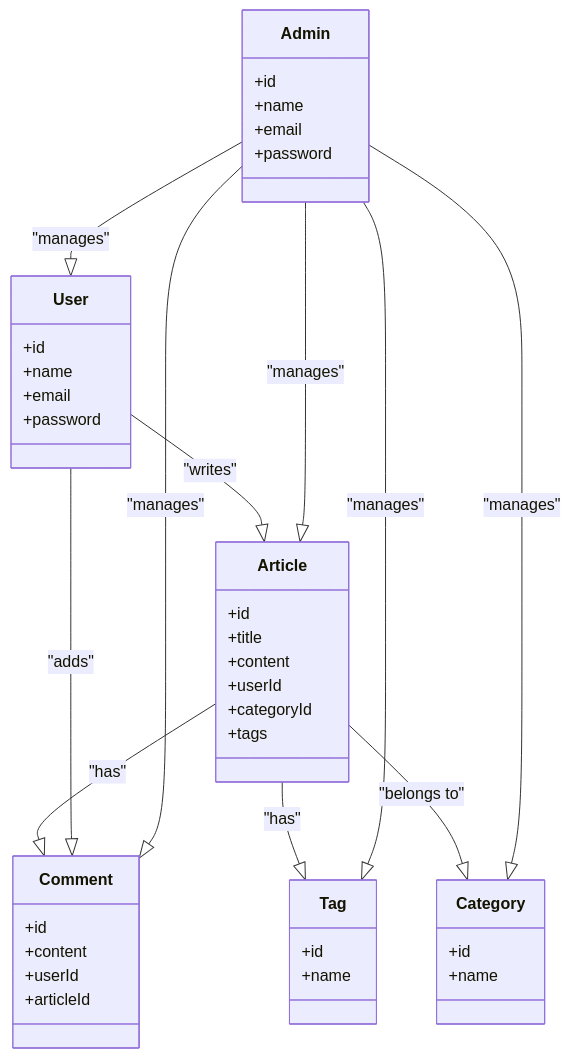
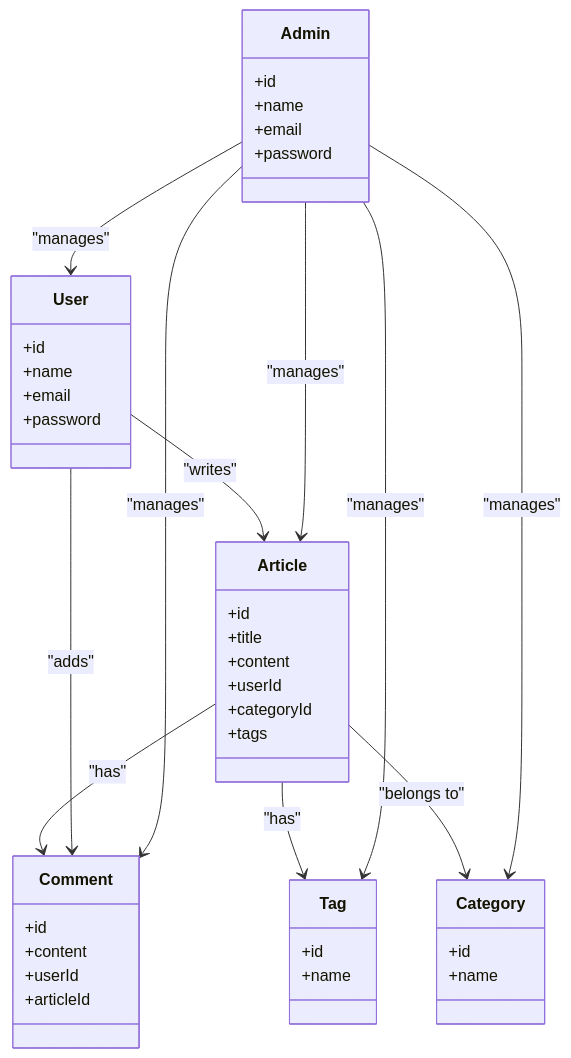
One commit to Aminebennani1/UI-UX-Dessign changed the diagram in branch-Thechnique/Conception-generique.mmd. Above: the diagram before and after it, drawn with Mermaid. The commit also changed 3 other files, not shown here.

```diff
--- a/branch-Thechnique/Conception-generique.mmd
+++ b/branch-Thechnique/Conception-generique.mmd
@@ -1,52 +1,53 @@
+%%{init: {'themeVariables': { 'primaryColor': '#87CEEB', 'edgeLabelBackground':'#87CEEB', 'tertiaryColor': '#D6EAF8' }}}%%
 classDiagram
     class User {
         +id
         +name
         +email
         +password
     }
 
     class Article {
         +id
         +title
         +content
         +userId
         +categoryId
         +tags
     }
 
     class Comment {
         +id
         +content
         +userId
         +articleId
     }
 
     class Tag {
         +id
         +name
     }
 
     class Category {
         +id
         +name
     }
 
     class Admin {
         +id
         +name
         +email
         +password
     }
 
     %% Relations
-    User --|> Article : "writes"
-    Article --|> Comment : "has"
-    User --|> Comment : "adds"
-    Article --|> Tag : "has"
-    Article --|> Category : "belongs to"
-    Admin --|> Article : "manages"
-    Admin --|> Tag : "manages"
-    Admin --|> Category : "manages"
-    Admin --|> Comment : "manages"
-    Admin --|> User : "manages"
+    User --> Article : "writes"
+    Article --> Comment : "has"
+    User --> Comment : "adds"
+    Article --> Tag : "has"
+    Article --> Category : "belongs to"
+    Admin --> Article : "manages"
+    Admin --> Tag : "manages"
+    Admin --> Category : "manages"
+    Admin --> Comment : "manages"
+    Admin --> User : "manages"
```
